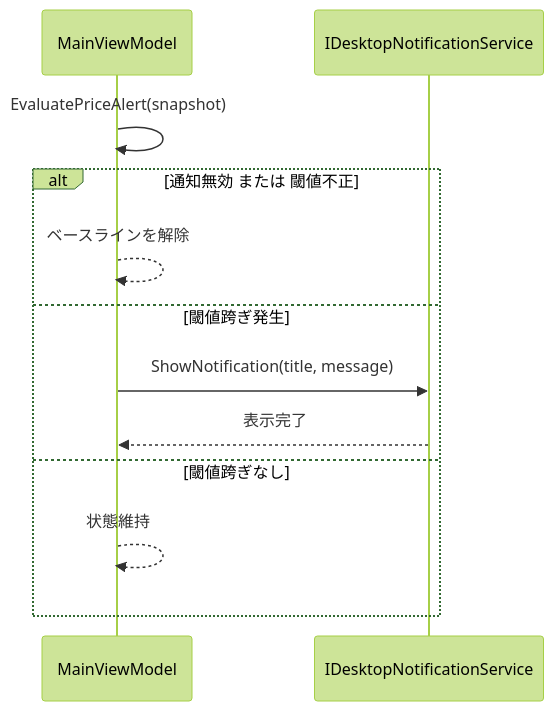
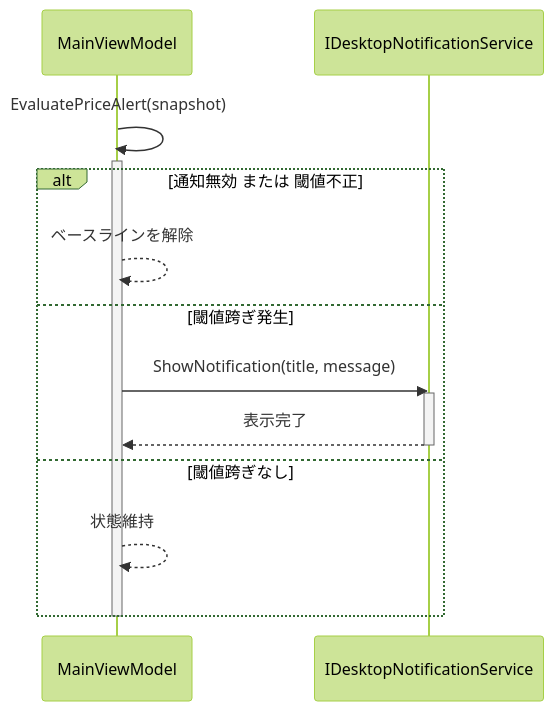
Before and after one commit to yankee2023/market_monitor: diagram 16 of 29 in docs/DESIGN.md, drawn with Mermaid (forest theme). The commit also changed other lines of this file and 9 other files, not shown here.

````diff
--- a/docs/DESIGN.md
+++ b/docs/DESIGN.md
@@ -651,15 +865,19 @@
 ```mermaid
 sequenceDiagram
     participant VM as MainViewModel
     participant Notify as IDesktopNotificationService
 
     VM->>VM: EvaluatePriceAlert(snapshot)
+    activate VM
     alt 通知無効 または 閾値不正
         VM-->>VM: ベースラインを解除
     else 閾値跨ぎ発生
         VM->>Notify: ShowNotification(title, message)
+        activate Notify
         Notify-->>VM: 表示完了
+        deactivate Notify
     else 閾値跨ぎなし
         VM-->>VM: 状態維持
     end
+    deactivate VM
 ```
````
